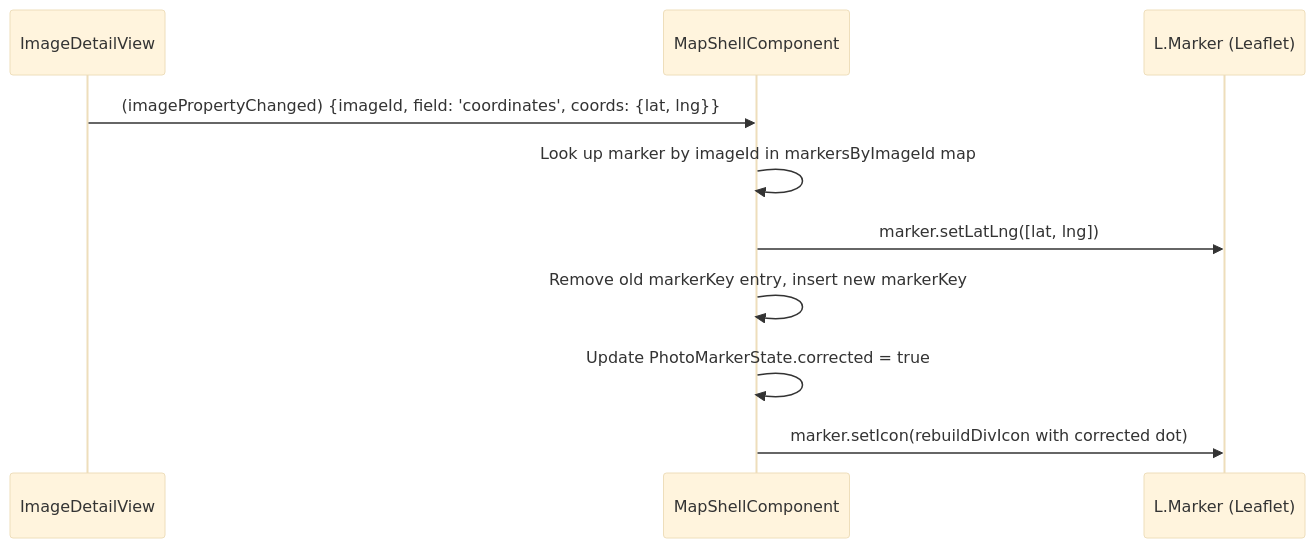
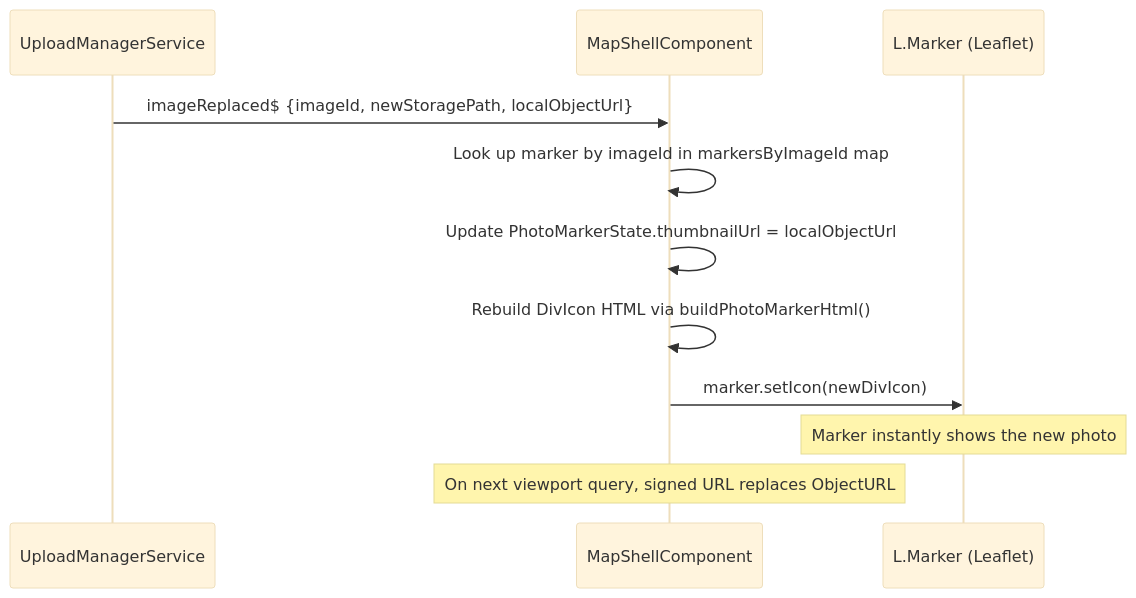
One commit to matkleve/sitesnap changed the second of 3 diagrams in docs/element-specs/photo-marker.md. Above: the diagram before and after it, drawn with Mermaid (base theme). The commit also changed other lines of this file and 4 other files, not shown here.

First line of the commit message:
feat: Implement replace and attach photo functionality in UploadManagerService

````diff
--- a/docs/element-specs/photo-marker.md
+++ b/docs/element-specs/photo-marker.md
@@ -217,13 +221,14 @@
 ```mermaid
 sequenceDiagram
-  participant Detail as ImageDetailView
+  participant Manager as UploadManagerService
   participant Shell as MapShellComponent
   participant Marker as L.Marker (Leaflet)
 
-  Detail->>Shell: (imagePropertyChanged) {imageId, field: 'coordinates', coords: {lat, lng}}
+  Manager->>Shell: imageReplaced$ {imageId, newStoragePath, localObjectUrl}
   Shell->>Shell: Look up marker by imageId in markersByImageId map
-  Shell->>Marker: marker.setLatLng([lat, lng])
-  Shell->>Shell: Remove old markerKey entry, insert new markerKey
-  Shell->>Shell: Update PhotoMarkerState.corrected = true
-  Shell->>Marker: marker.setIcon(rebuildDivIcon with corrected dot)
+  Shell->>Shell: Update PhotoMarkerState.thumbnailUrl = localObjectUrl
+  Shell->>Shell: Rebuild DivIcon HTML via buildPhotoMarkerHtml()
+  Shell->>Marker: marker.setIcon(newDivIcon)
+  Note over Marker: Marker instantly shows the new photo
+  Note over Shell: On next viewport query, signed URL replaces ObjectURL
 ```
````
